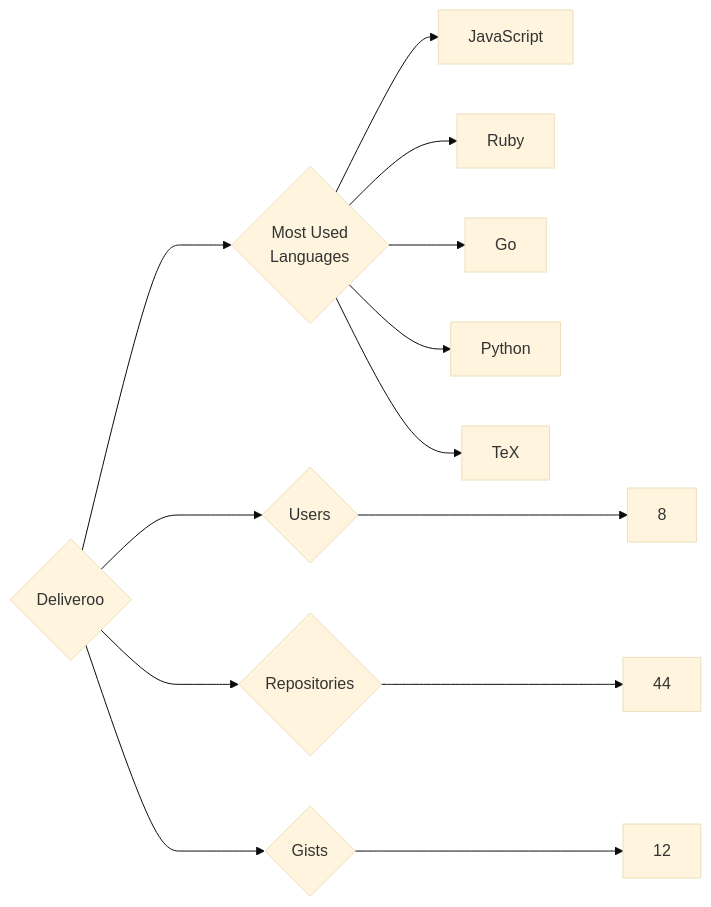
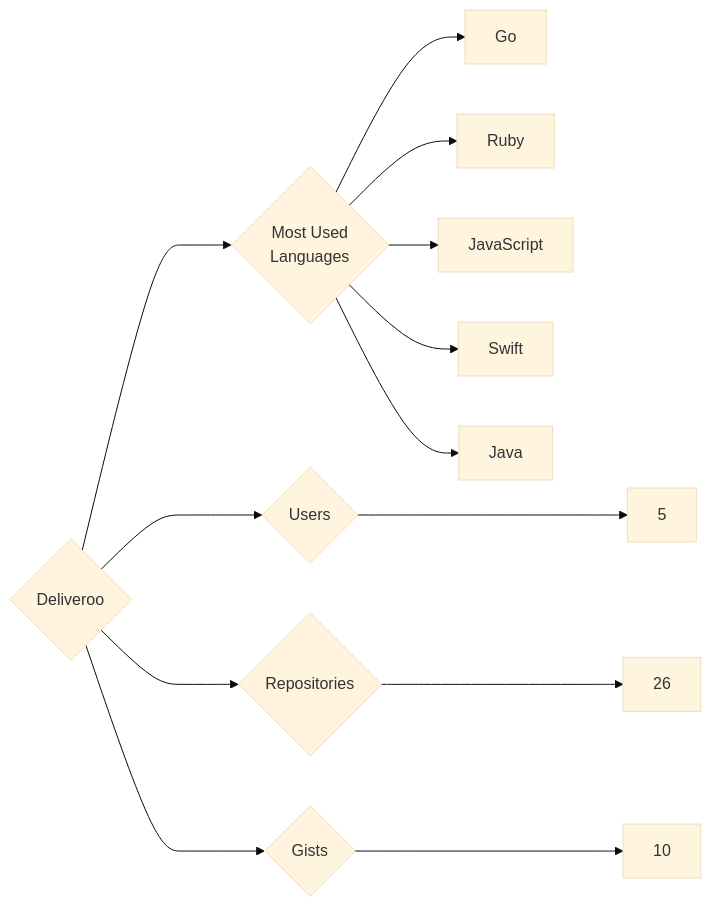
The diagram in targets/Deliveroo/README.md (trickest/insiders), drawn with Mermaid (base theme) before and after one commit. The commit also changed 724 other files, not shown here.

````diff
--- a/targets/Deliveroo/README.md
+++ b/targets/Deliveroo/README.md
@@ -3,13 +3,13 @@
 ```mermaid
 graph LR
 COMPANY_NAME{Deliveroo}
-COMPANY_NAME ---> U{Users} ---> UN[8]
-COMPANY_NAME ---> R{Repositories} ---> RN[44]
-COMPANY_NAME ---> G{Gists} ---> GN[12]
+COMPANY_NAME ---> U{Users} ---> UN[5]
+COMPANY_NAME ---> R{Repositories} ---> RN[26]
+COMPANY_NAME ---> G{Gists} ---> GN[10]
 COMPANY_NAME ---> ML{Most Used<br>Languages}
+ML --> Go[Go]
+ML --> Ruby[Ruby]
 ML --> JavaScript[JavaScript]
-ML --> Ruby[Ruby]
-ML --> Go[Go]
-ML --> Python[Python]
-ML --> TeX[TeX]
+ML --> Swift[Swift]
+ML --> Java[Java]
 ```
````
